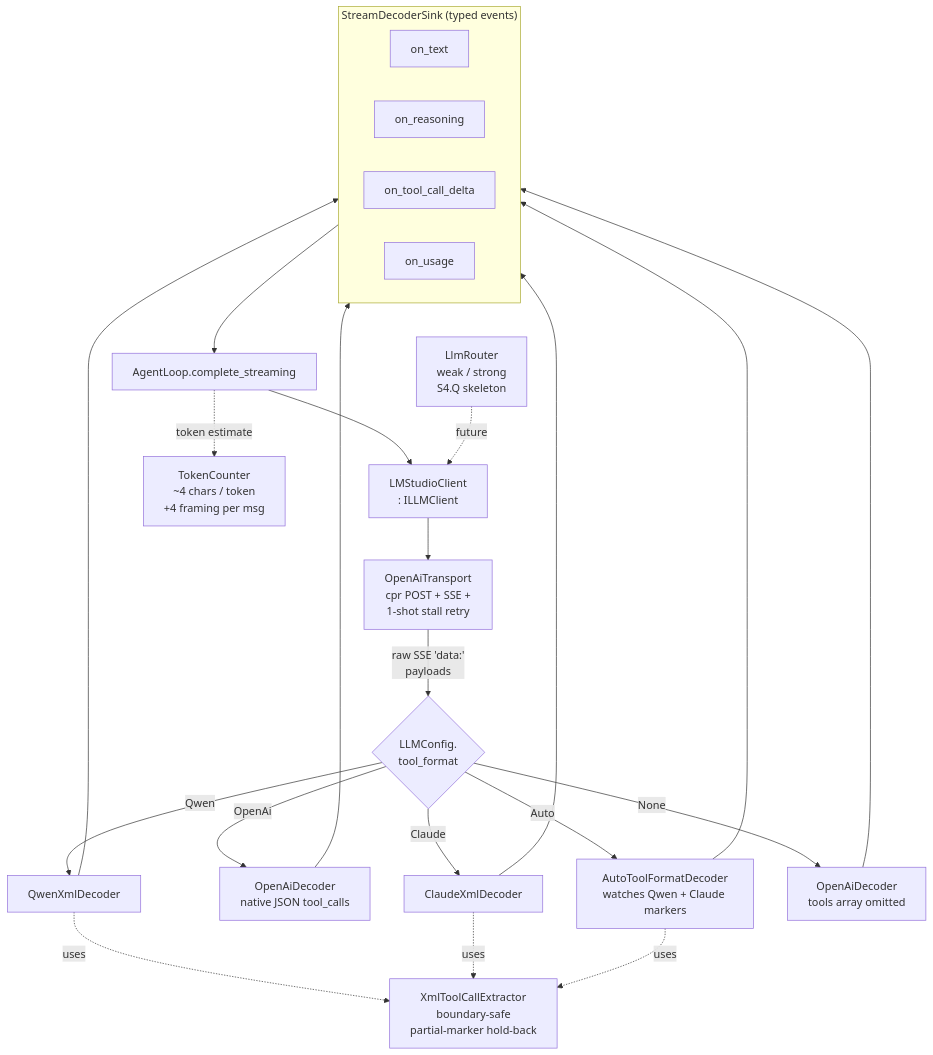
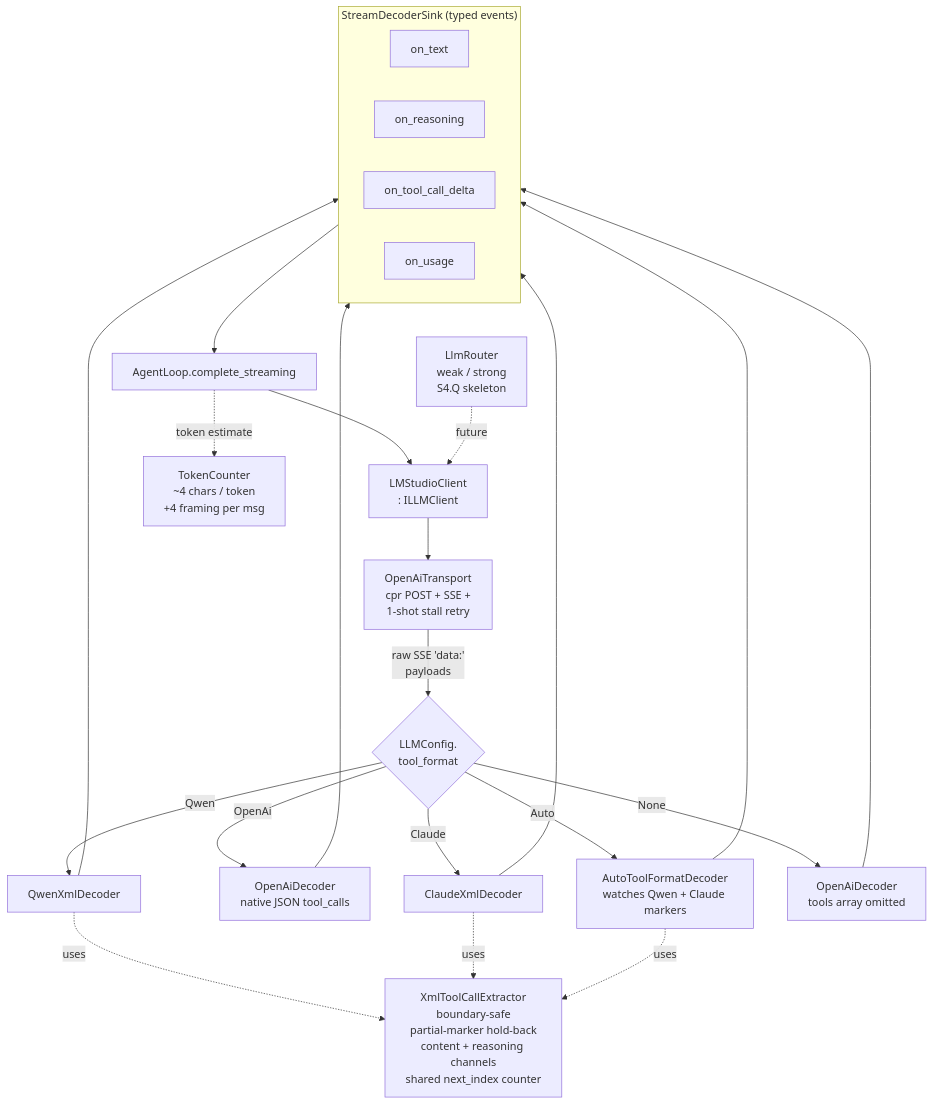
One commit to Serhiy-Todchuk/Locus changed the fifth of 8 diagrams in architecture/diagrams.md. Above: the diagram before and after it, drawn with Mermaid. The commit also changed 2 other files, not shown here.

````diff
--- a/architecture/diagrams.md
+++ b/architecture/diagrams.md
@@ -219,39 +219,39 @@
 ```mermaid
 flowchart TB
     Caller[AgentLoop.complete_streaming]
     Caller --> Cli["LMStudioClient<br/>: ILLMClient"]
 
     Cli --> Tx[OpenAiTransport<br/>cpr POST + SSE +<br/>1-shot stall retry]
     Tx -->|raw SSE 'data:'<br/>payloads| Pick
 
     Pick{LLMConfig.<br/>tool_format}
     Pick -->|Auto| Auto[AutoToolFormatDecoder<br/>watches Qwen + Claude markers]
     Pick -->|OpenAi| OAI[OpenAiDecoder<br/>native JSON tool_calls]
     Pick -->|Qwen| QW[QwenXmlDecoder]
     Pick -->|Claude| CL[ClaudeXmlDecoder]
     Pick -->|None| NN["OpenAiDecoder<br/>tools array omitted"]
 
-    QW -.uses.-> Xml[XmlToolCallExtractor<br/>boundary-safe<br/>partial-marker hold-back]
+    QW -.uses.-> Xml[XmlToolCallExtractor<br/>boundary-safe<br/>partial-marker hold-back<br/>content + reasoning channels<br/>shared next_index counter]
     CL -.uses.-> Xml
     Auto -.uses.-> Xml
 
     Auto --> Sink
     OAI --> Sink
     QW --> Sink
     CL --> Sink
     NN --> Sink
 
     subgraph Sink["StreamDecoderSink (typed events)"]
         direction LR
         T[on_text]
         R[on_reasoning]
         D[on_tool_call_delta]
         U[on_usage]
     end
 
     Sink --> Caller
 
     Caller -.token estimate.-> TC[TokenCounter<br/>~4 chars / token<br/>+4 framing per msg]
 
     LR[LlmRouter<br/>weak / strong<br/>S4.Q skeleton] -.future.-> Cli
 ```
````
